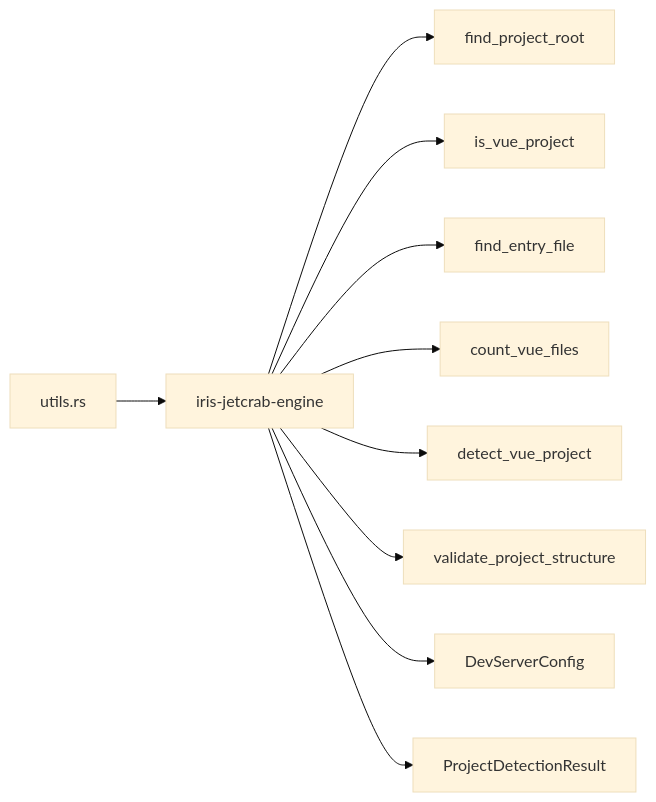
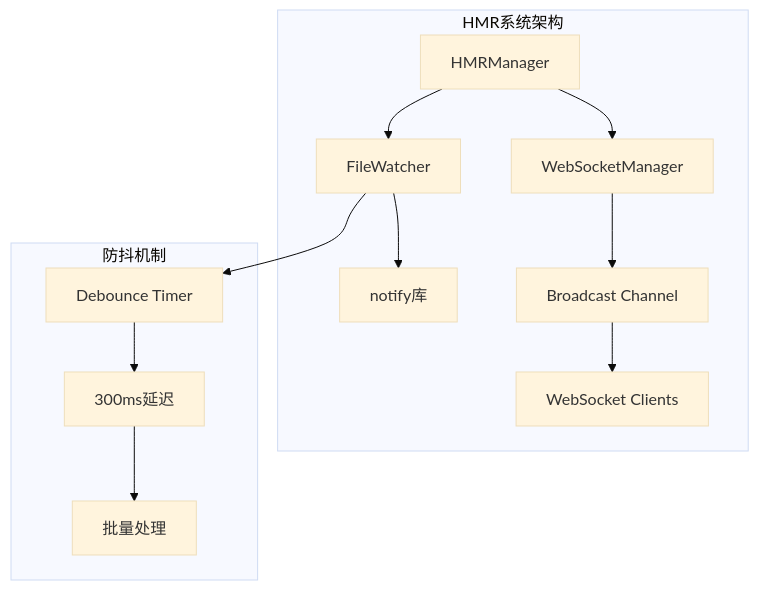
One commit to itszzl-sudo/iris changed the eighth of 10 diagrams in .qoder/repowiki/zh/content/核心功能特性/Iris JetCrab CLI工具.md. Above: the diagram before and after it, drawn with Mermaid (base theme). The commit also changed other lines of this file and 887 other files, not shown here.

````diff
--- a/.qoder/repowiki/zh/content/核心功能特性/Iris JetCrab CLI工具.md
+++ b/.qoder/repowiki/zh/content/核心功能特性/Iris JetCrab CLI工具.md
@@ -279,12 +390,15 @@
 ```mermaid
-graph LR
-Utils[utils.rs] --> Engine[iris-jetcrab-engine]
-Engine --> FindRoot[find_project_root]
-Engine --> IsVue[is_vue_project]
-Engine --> FindEntry[find_entry_file]
-Engine --> CountFiles[count_vue_files]
-Engine --> Detect[detect_vue_project]
-Engine --> Validate[validate_project_structure]
-Engine --> Config[DevServerConfig]
-Engine --> Result[ProjectDetectionResult]
+graph TB
+subgraph "HMR系统架构"
+A[HMRManager] --> B[FileWatcher]
+A --> C[WebSocketManager]
+B --> D[notify库]
+C --> E[Broadcast Channel]
+E --> F[WebSocket Clients]
+end
+subgraph "防抖机制"
+G[Debounce Timer] --> H[300ms延迟]
+H --> I[批量处理]
+end
+B --> G
 ```
````
